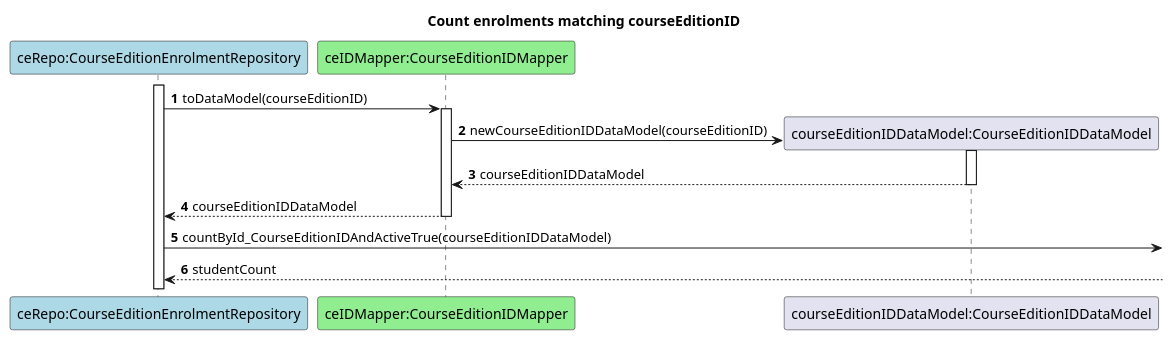
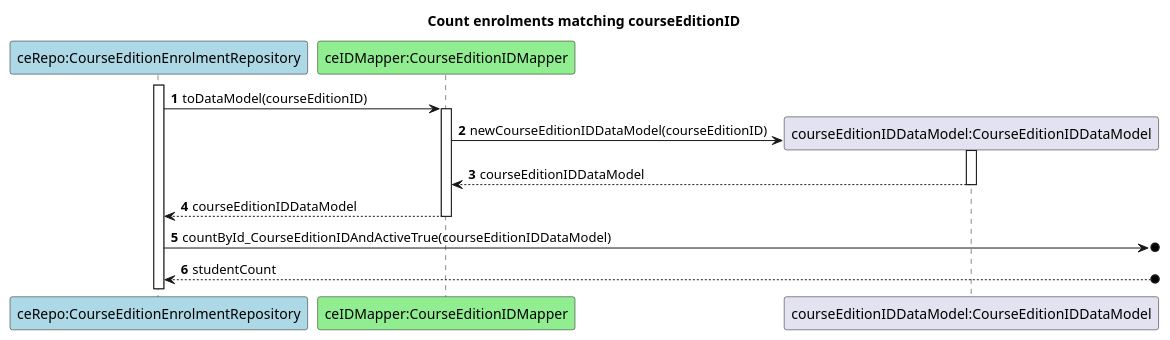
Before and after one commit to GasparISEP/DevOps-PAI: the diagram in docs/US36/ScenarioView/References/CountEnrolmentsMatchingCourseEditionID.puml, drawn with PlantUML. The commit also changed 5 other files, not shown here.

Commit message:
Ref #652, #658: Refactor Process View and Scenario View diagrams to use o] notation for external interactions

```diff
--- a/docs/US36/ScenarioView/References/CountEnrolmentsMatchingCourseEditionID.puml
+++ b/docs/US36/ScenarioView/References/CountEnrolmentsMatchingCourseEditionID.puml
@@ -1,20 +1,20 @@
 @startuml
 
 autonumber
 
 title Count enrolments matching courseEditionID
 
 participant "ceRepo:CourseEditionEnrolmentRepository" as R #lightblue
 participant "ceIDMapper:CourseEditionIDMapper" as M #lightgreen
 participant "courseEditionIDDataModel:CourseEditionIDDataModel" as DM
 
 activate R
 R -> M ++ : toDataModel(courseEditionID)
 M -> DM**: newCourseEditionIDDataModel(courseEditionID)
 activate DM
 DM --> M --: courseEditionIDDataModel
 M --> R --: courseEditionIDDataModel
-R -> : countById_CourseEditionIDAndActiveTrue(courseEditionIDDataModel)
-R <-- :studentCount
+R ->o] : countById_CourseEditionIDAndActiveTrue(courseEditionIDDataModel)
+R <--o] :studentCount
 
 @enduml
```
